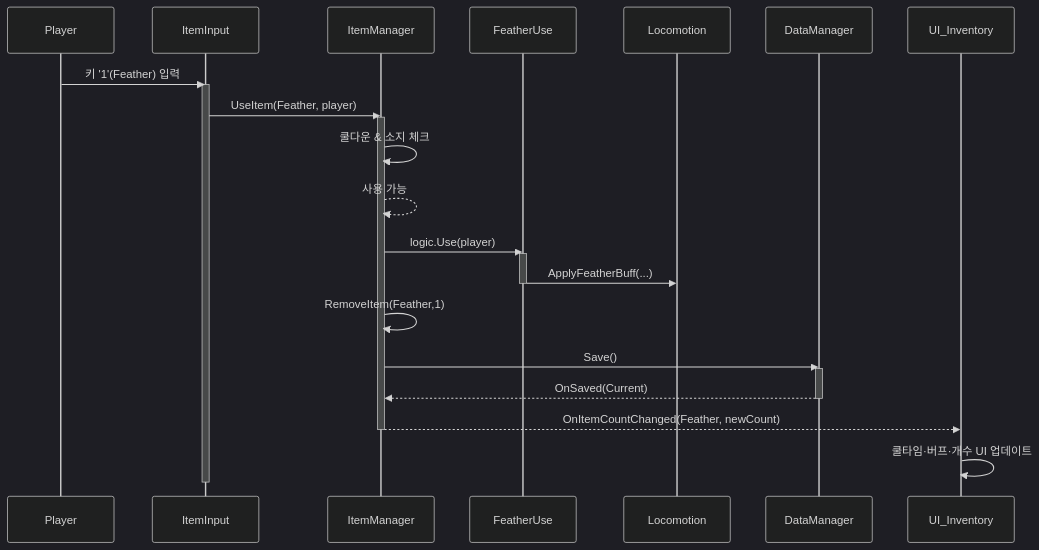
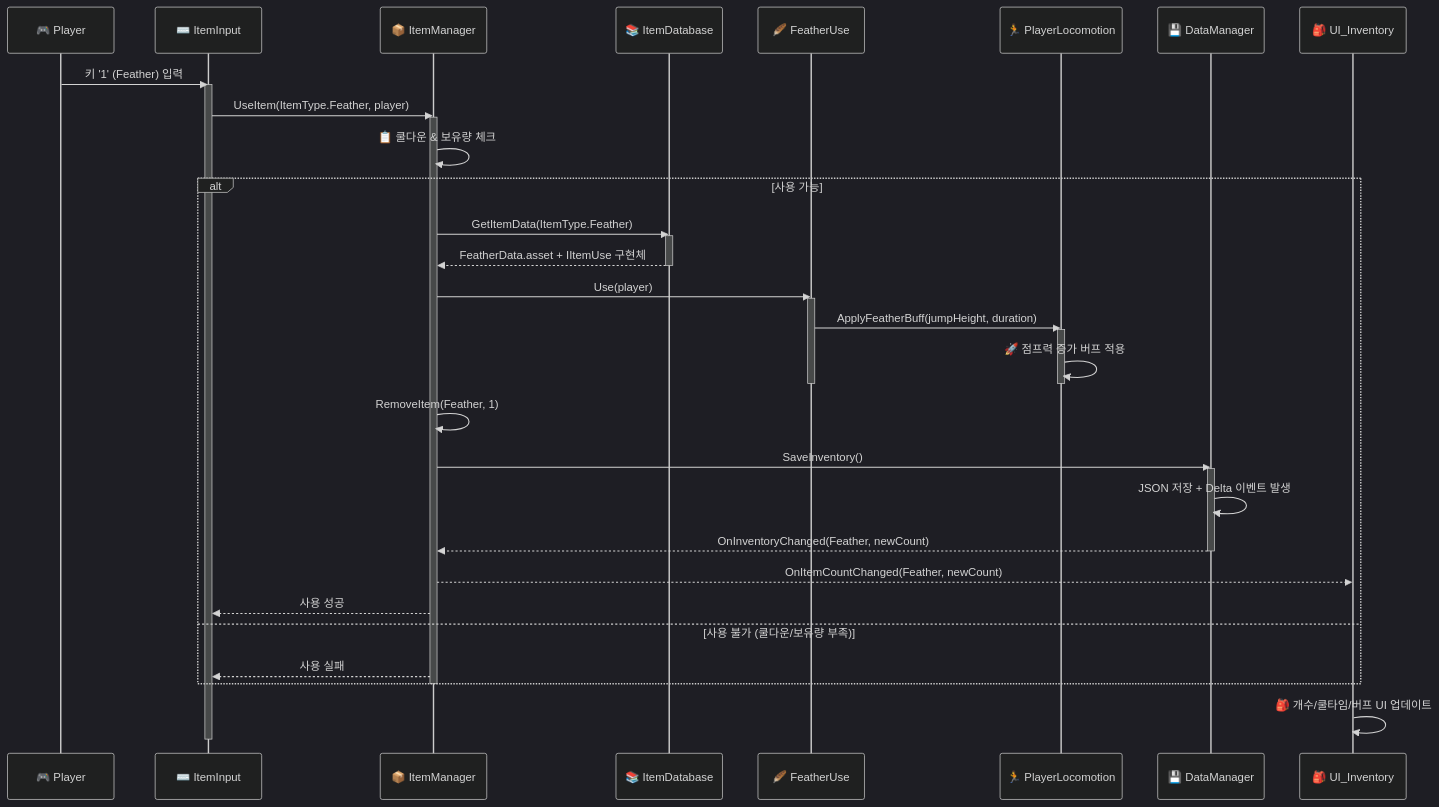
One commit to heejune1209/Just-climb- changed the second of 2 diagrams in 아이템 시퀀스 다이어그램.md. Above: the diagram before and after it, drawn with Mermaid (dark theme). The commit also changed other lines of this file and 1 other file, not shown here.

````diff
--- a/아이템 시퀀스 다이어그램.md
+++ b/아이템 시퀀스 다이어그램.md
@@ -50,38 +59,50 @@
 ```mermaid
 sequenceDiagram
-    participant 플레이어 as Player
-    participant 입력컴포넌트 as ItemInput
-    participant 아이템Mgr as ItemManager
-    participant 사용로직 as FeatherUse
-    participant 이동컴포넌트 as Locomotion
-    participant 데이터Mgr as DataManager
-    participant 인벤토리UI as UI_Inventory
+    participant Player as 🎮 Player
+    participant Input as ⌨️ ItemInput
+    participant ItemMgr as 📦 ItemManager
+    participant ItemDB as 📚 ItemDatabase
+    participant UseLogic as 🪶 FeatherUse
+    participant Locomotion as 🏃 PlayerLocomotion
+    participant DataMgr as 💾 DataManager
+    participant Inventory as 🎒 UI_Inventory
 
-    플레이어->>입력컴포넌트: 키 '1'(Feather) 입력  
-    activate 입력컴포넌트
+    Player->>Input: 키 '1' (Feather) 입력
+    activate Input
 
-    입력컴포넌트->>아이템Mgr: UseItem(Feather, player)  
-    activate 아이템Mgr
+    Input->>ItemMgr: UseItem(ItemType.Feather, player)
+    activate ItemMgr
 
-    아이템Mgr->>아이템Mgr: 쿨다운 & 소지 체크  
-    아이템Mgr-->>아이템Mgr: 사용 가능  
+    ItemMgr->>ItemMgr: 📋 쿨다운 & 보유량 체크
+    alt 사용 가능
+        ItemMgr->>ItemDB: GetItemData(ItemType.Feather)
+        activate ItemDB
+        ItemDB-->>ItemMgr: FeatherData.asset + IItemUse 구현체
+        deactivate ItemDB
+        
+        ItemMgr->>UseLogic: Use(player)
+        activate UseLogic
+        UseLogic->>Locomotion: ApplyFeatherBuff(jumpHeight, duration)
+        activate Locomotion
+        Locomotion->>Locomotion: 🚀 점프력 증가 버프 적용
+        deactivate Locomotion
+        deactivate UseLogic
 
-    아이템Mgr->>사용로직: logic.Use(player)  
-    activate 사용로직
-    사용로직->>이동컴포넌트: ApplyFeatherBuff(...)  
-    deactivate 사용로직
+        ItemMgr->>ItemMgr: RemoveItem(Feather, 1)
+        ItemMgr->>DataMgr: SaveInventory()
+        activate DataMgr
+        
+        DataMgr->>DataMgr: JSON 저장 + Delta 이벤트 발생
+        DataMgr-->>ItemMgr: OnInventoryChanged(Feather, newCount)
+        deactivate DataMgr
 
-    아이템Mgr->>아이템Mgr: RemoveItem(Feather,1)  
-    아이템Mgr->>데이터Mgr: Save()  
-    activate 데이터Mgr
+        ItemMgr-->>Inventory: OnItemCountChanged(Feather, newCount)
+        ItemMgr-->>Input: 사용 성공
+    else 사용 불가 (쿨다운/보유량 부족)
+        ItemMgr-->>Input: 사용 실패
+    end
+    deactivate ItemMgr
 
-    데이터Mgr-->>아이템Mgr: OnSaved(Current)  
-    deactivate 데이터Mgr
-
-    아이템Mgr-->>인벤토리UI: OnItemCountChanged(Feather, newCount)  
-    deactivate 아이템Mgr
-
-    인벤토리UI->>인벤토리UI: 쿨타임·버프·개수 UI 업데이트  
-    deactivate 입력컴포넌트
-
+    Inventory->>Inventory: 🎒 개수/쿨타임/버프 UI 업데이트
+    deactivate Input
 ```
````
